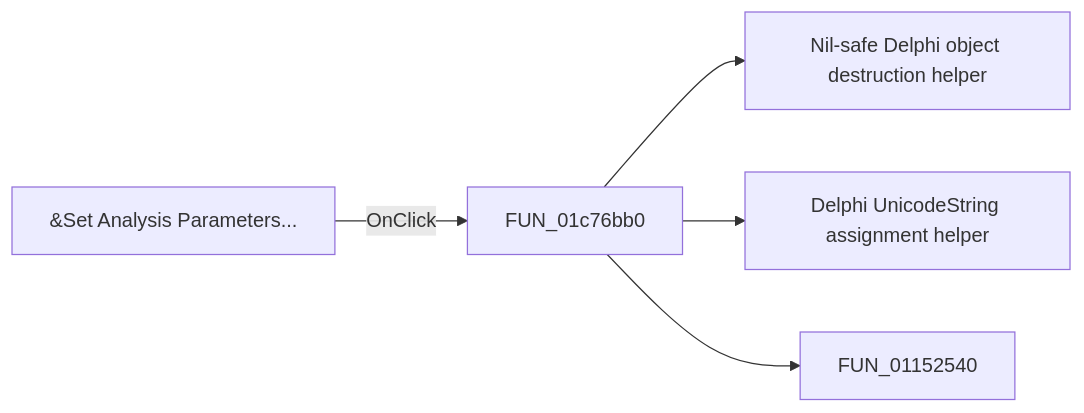
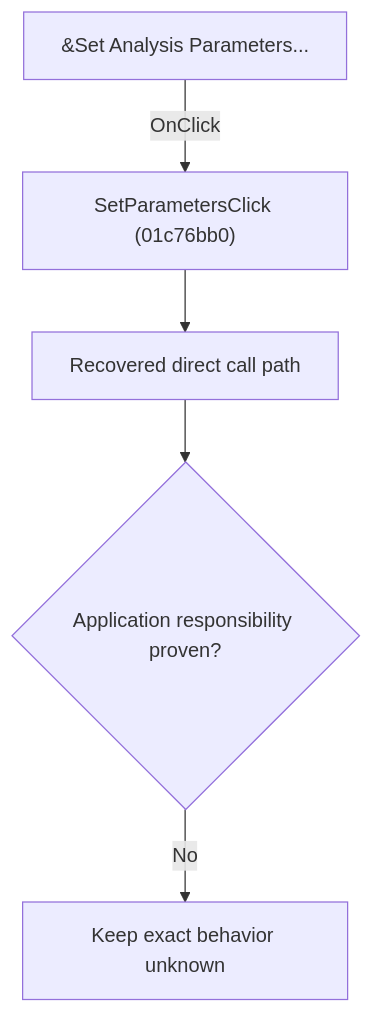
The diagram in docs/ui-controls/schematiceditor/setparameters-1f64abe54c.md (MovGP0/TIARA), drawn with Mermaid before and after one commit. The commit also changed other lines of this file and 1062 other files, not shown here.

````diff
--- a/docs/ui-controls/schematiceditor/setparameters-1f64abe54c.md
+++ b/docs/ui-controls/schematiceditor/setparameters-1f64abe54c.md
@@ -27,7 +27,7 @@
 ```mermaid
-flowchart LR
-    control["&Set Analysis Parameters..."] -->|OnClick| handler["FUN_01c76bb0"]
-    handler --> call1["Nil-safe Delphi object destruction helper"]
-    handler --> call2["Delphi UnicodeString assignment helper"]
-    handler --> call3["FUN_01152540"]
+flowchart TD
+    control["&Set Analysis Parameters..."] -->|"OnClick"| handler["SetParametersClick (01c76bb0)"]
+    handler --> recovered["Recovered direct call path"]
+    recovered --> gap{"Application responsibility proven?"}
+    gap -->|"No"| blocked["Keep exact behavior unknown"]
 ```
````
